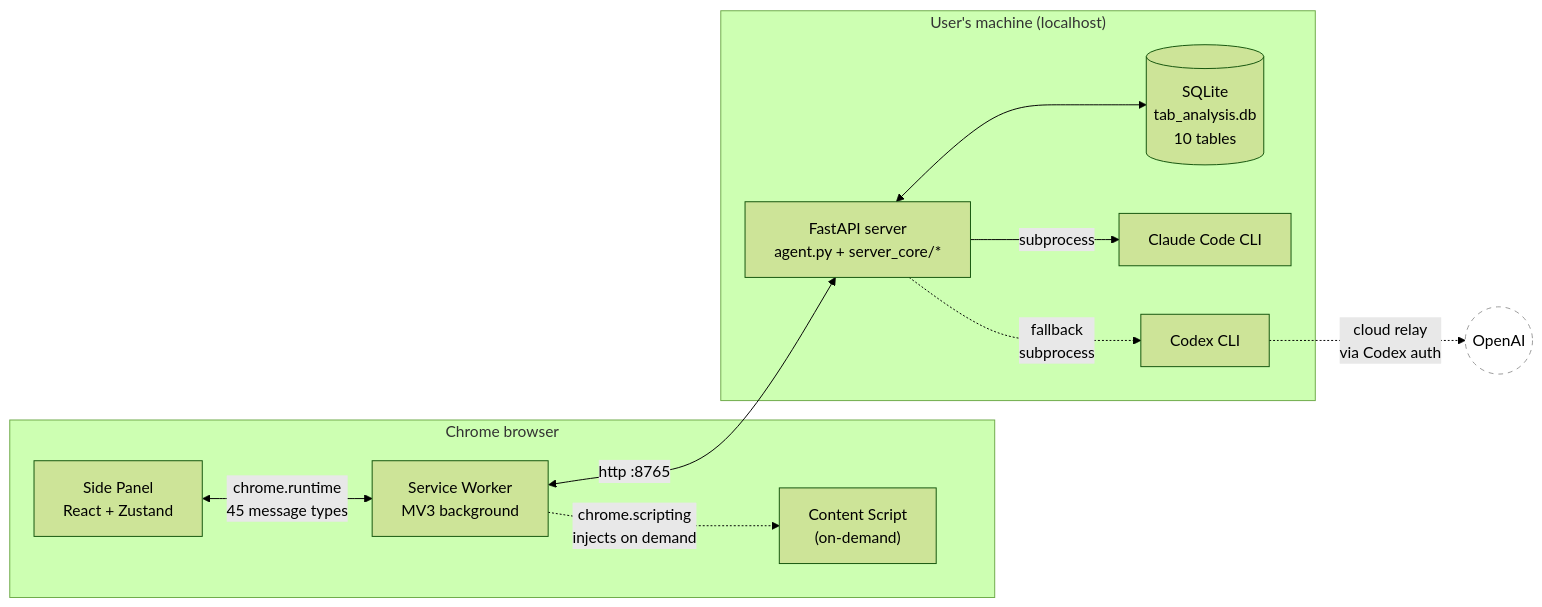
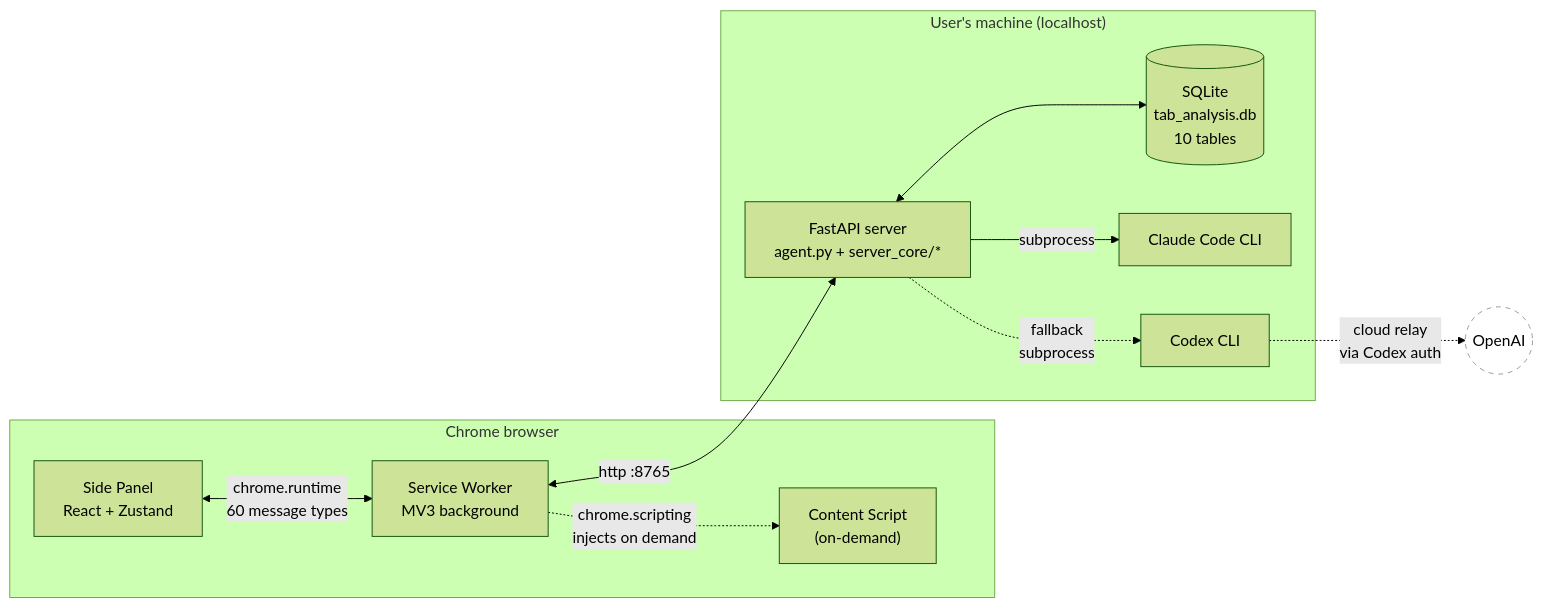
The first of 4 diagrams in docs/ARCHITECTURE.md (eiler2005/ai-tab-optimizer), drawn with Mermaid (forest theme) before and after one commit. The commit also changed other lines of this file and 45 other files, not shown here.

````diff
--- a/docs/ARCHITECTURE.md
+++ b/docs/ARCHITECTURE.md
@@ -9,25 +9,25 @@
 ```mermaid
 flowchart LR
   subgraph Browser["Chrome browser"]
     SP["Side Panel<br/>React + Zustand"]
     SW["Service Worker<br/>MV3 background"]
     CS["Content Script<br/>(on-demand)"]
   end
 
   subgraph LocalMachine["User's machine (localhost)"]
     SRV["FastAPI server<br/>agent.py + server_core/*"]
     DB[("SQLite<br/>tab_analysis.db<br/>10 tables")]
     CCC["Claude Code CLI"]
     COX["Codex CLI"]
   end
 
-  SP <--> |chrome.runtime<br/>45 message types| SW
+  SP <--> |chrome.runtime<br/>60 message types| SW
   SW <--> |http :8765| SRV
   SW -.-> |chrome.scripting<br/>injects on demand| CS
   SRV <--> DB
   SRV --> |subprocess| CCC
   SRV -.-> |fallback<br/>subprocess| COX
   COX -. cloud relay<br/>via Codex auth .-> Cloud(("OpenAI")):::cloud
 
   classDef cloud fill:#fff,stroke:#999,stroke-dasharray: 5 5;
 ```
````
